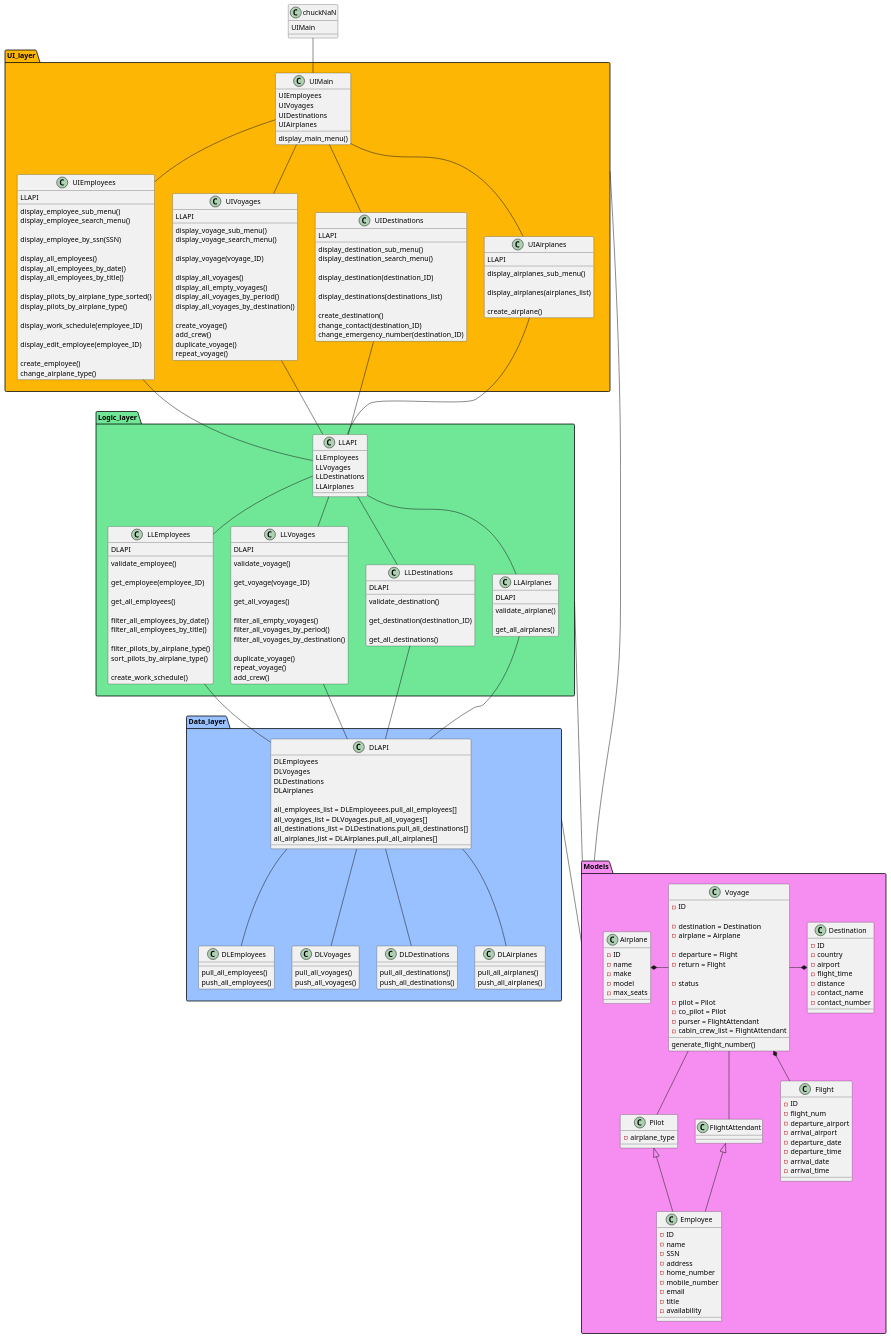
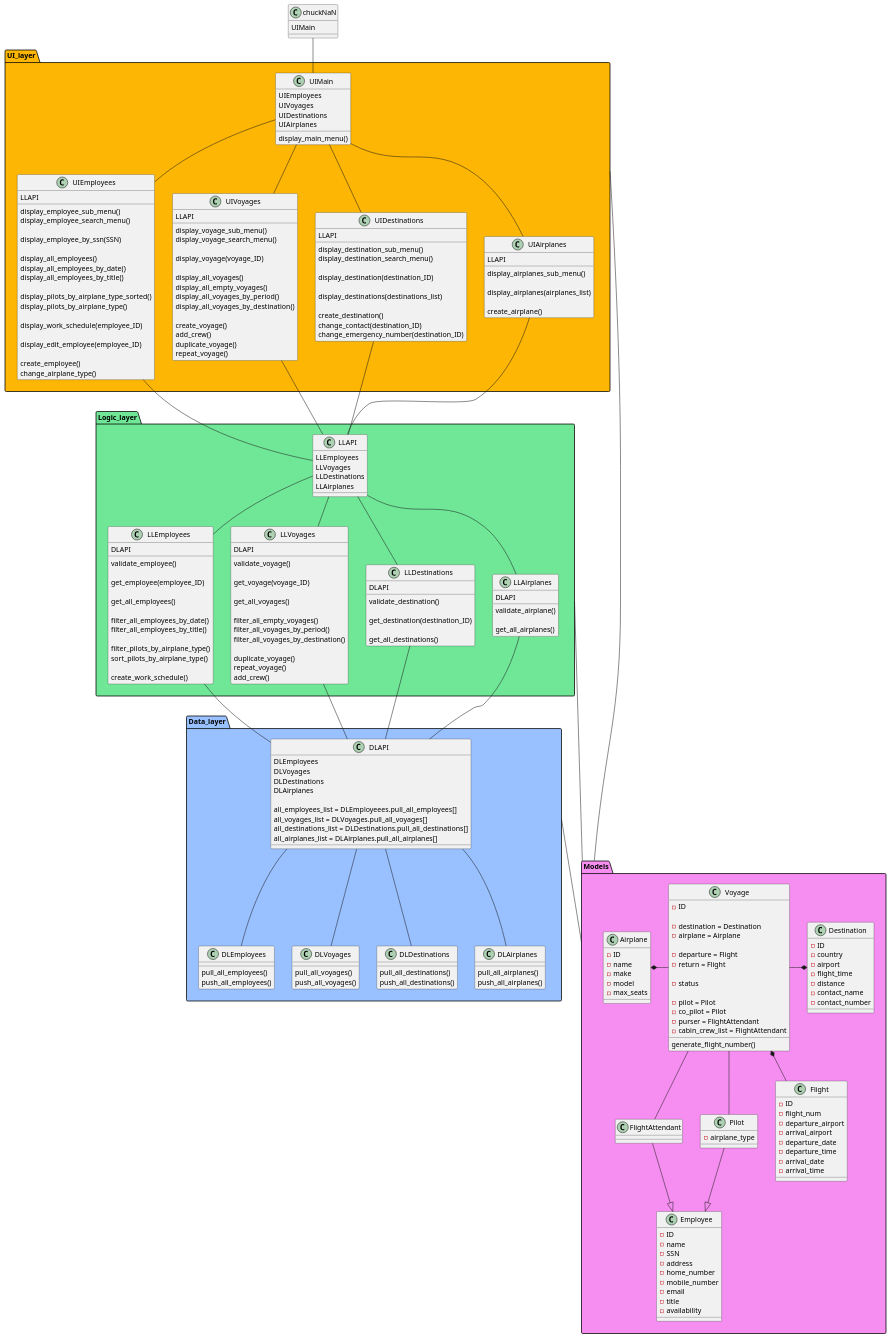
The diagram in ClassDiagram.puml (irmalexandra/vln1_chuck_nan), drawn with PlantUML before and after one commit. The commit also changed 3 other files, not shown here.

```diff
--- a/ClassDiagram.puml
+++ b/ClassDiagram.puml
@@ -278,8 +278,8 @@
   
 }
 
-Employee -up-|> FlightAttendant
-Employee -up-|> Pilot
+FlightAttendant -down-|> Employee
+Pilot -down-|> Employee
 FlightAttendant -up- Voyage
 Pilot -up- Voyage
 Destination *-left- Voyage
```
